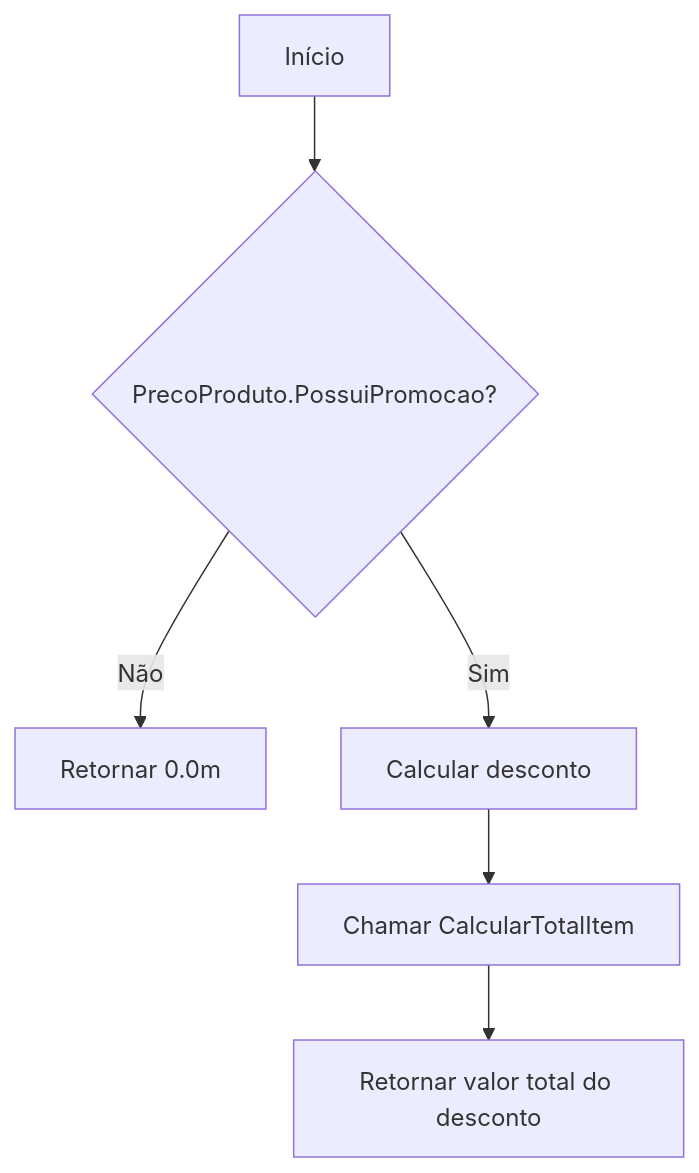
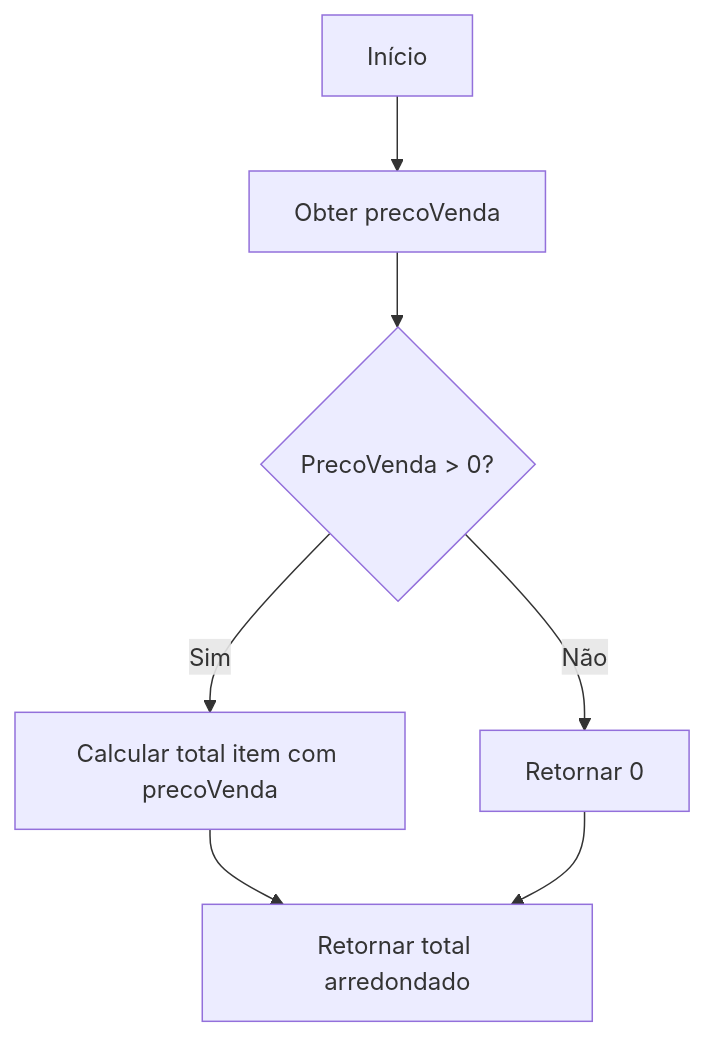
Before and after one commit to IsthmusSistemas/documentacao-tecnica: the first of 2 diagrams in docs/b2b-dominio/IsthmusWinthor.Nucleo/IsthmusWinthor.Dominio/POCO/Carrinho/ItemCarrinho.md, drawn with Mermaid. The commit also changed other lines of this file and 882 other files, not shown here.

````diff
--- a/docs/b2b-dominio/IsthmusWinthor.Nucleo/IsthmusWinthor.Dominio/POCO/Carrinho/ItemCarrinho.md
+++ b/docs/b2b-dominio/IsthmusWinthor.Nucleo/IsthmusWinthor.Dominio/POCO/Carrinho/ItemCarrinho.md
@@ -53,8 +19,9 @@
 ```mermaid
 flowchart TD
-    A[Início] --> B{PrecoProduto.PossuiPromocao?}
-    B -- Não --> C[Retornar 0.0m]
-    B -- Sim --> D[Calcular desconto]
-    D --> E[Chamar CalcularTotalItem]
-    E --> F[Retornar valor total do desconto]
+    A[Início] --> B[Obter precoVenda]
+    B --> C{PrecoVenda > 0?}
+    C -- Sim --> D[Calcular total item com precoVenda]
+    C -- Não --> E[Retornar 0]
+    D --> F[Retornar total arredondado]
+    E --> F
 ```
````
